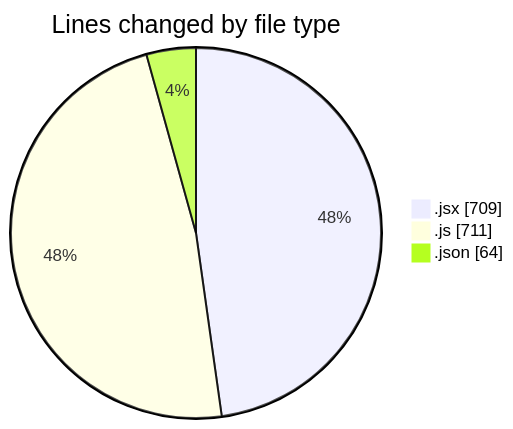
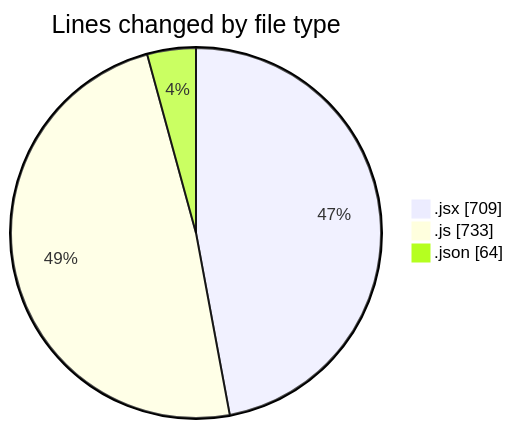
One commit to nxtqubesakshisongat/code-tracking changed the first of 2 diagrams in 2025-11-05/nxtqube_webapp/README.md. Above: the diagram before and after it, drawn with Mermaid. The commit also changed other lines of this file and 1 other file, not shown here.

````diff
--- a/2025-11-05/nxtqube_webapp/README.md
+++ b/2025-11-05/nxtqube_webapp/README.md
@@ -27,7 +27,7 @@
 ```mermaid
 pie showData
 title Lines changed by file type
 ".jsx" : 709
-".js" : 711
+".js" : 733
 ".json" : 64
 ```
````
